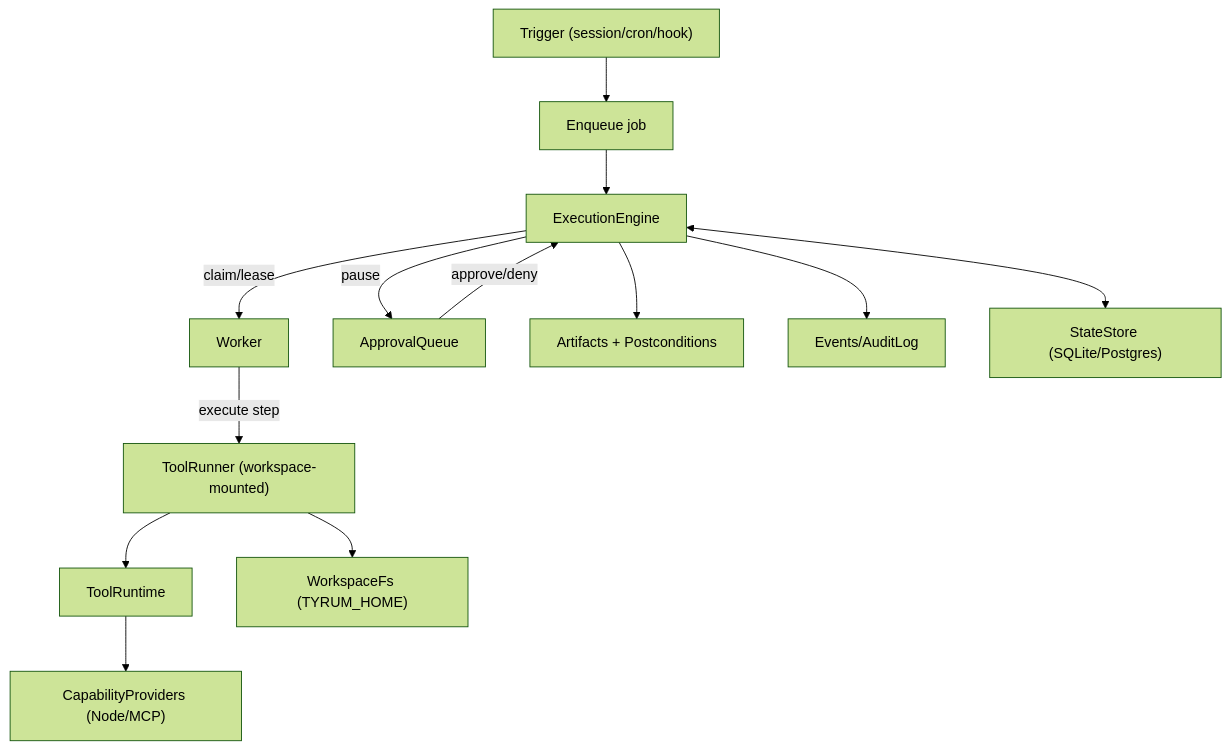
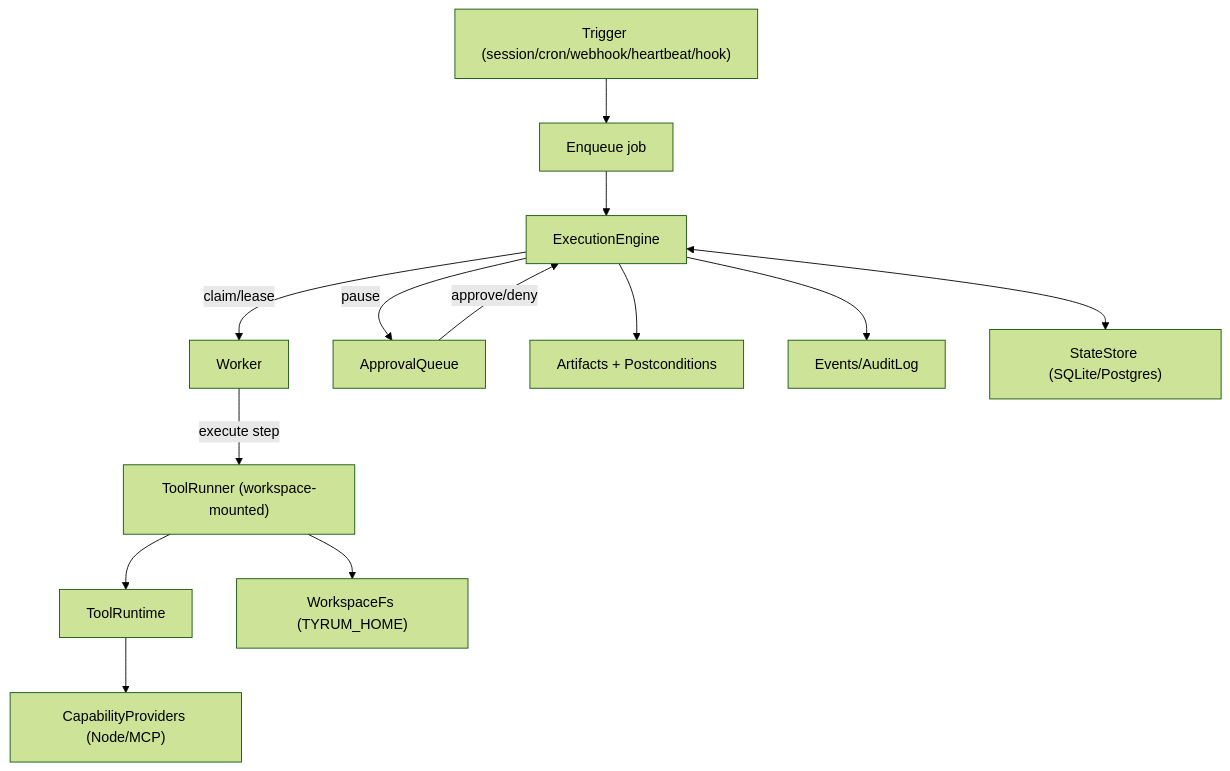
One commit to tyrumai/tyrum changed the diagram in docs/architecture/execution-engine.md. Above: the diagram before and after it, drawn with Mermaid (forest theme). The commit also changed 8 other files, not shown here.

````diff
--- a/docs/architecture/execution-engine.md
+++ b/docs/architecture/execution-engine.md
@@ -104,18 +104,18 @@
 ```mermaid
 flowchart TB
-  Trigger["Trigger (session/cron/hook)"] --> Enqueue["Enqueue job"]
+  Trigger["Trigger (session/cron/webhook/heartbeat/hook)"] --> Enqueue["Enqueue job"]
   Enqueue --> Engine["ExecutionEngine"]
 
   Engine -->|claim/lease| Worker["Worker"]
   Worker -->|execute step| ToolRunner["ToolRunner (workspace-mounted)"]
   ToolRunner --> Tools["ToolRuntime"]
   Tools --> Providers["CapabilityProviders (Node/MCP)"]
 
   Engine -->|pause| Approvals["ApprovalQueue"]
   Approvals -->|approve/deny| Engine
 
   Engine --> Evidence["Artifacts + Postconditions"]
   Engine --> Events["Events/AuditLog"]
   Engine <--> DB["StateStore (SQLite/Postgres)"]
   ToolRunner --> WorkspaceFs["WorkspaceFs (TYRUM_HOME)"]
 ```
````
